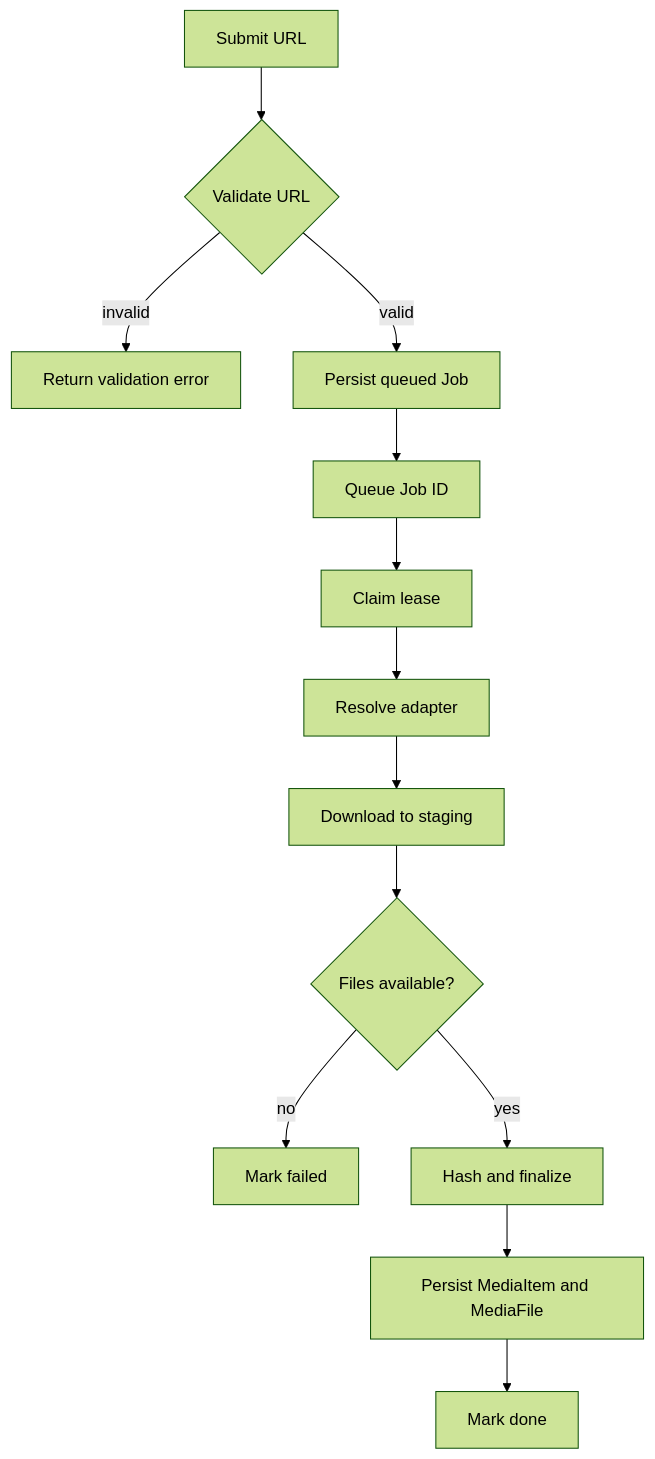
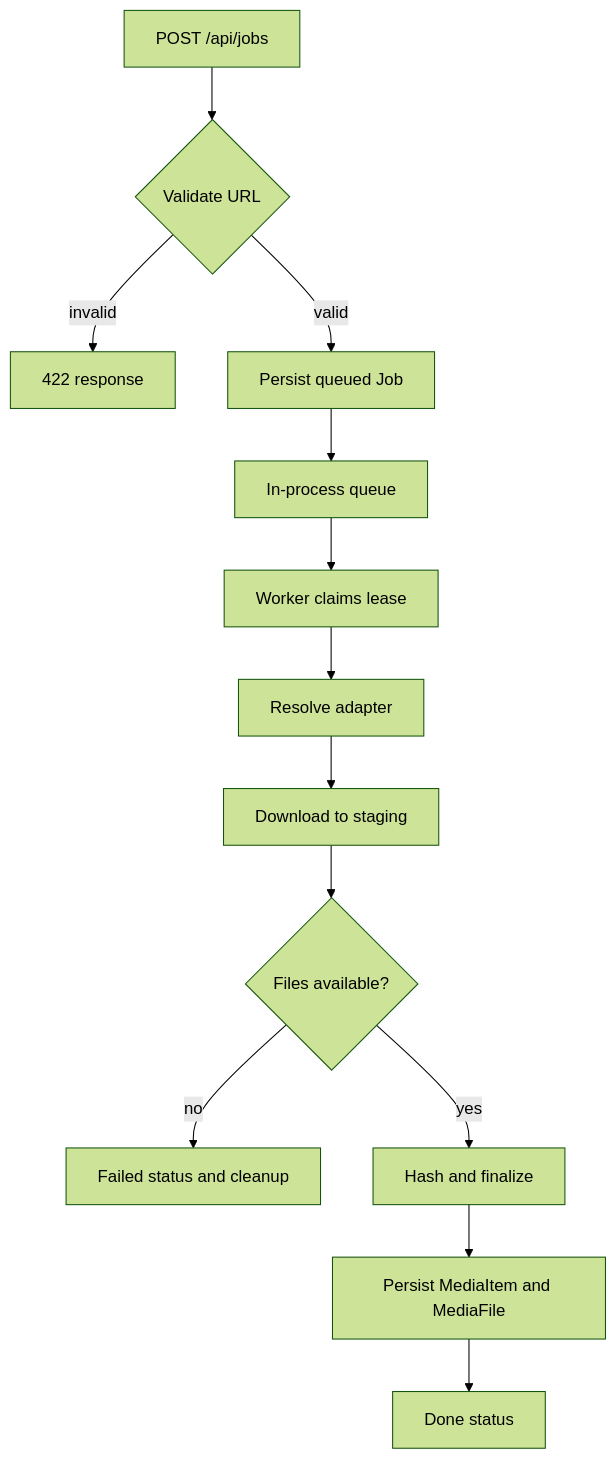
Before and after one commit to ekolancer/SocDownload: the first of 2 diagrams in docs/01-requirements/flowcharts.md, drawn with Mermaid (forest theme). The commit also changed other lines of this file and 19 other files, not shown here.

````diff
--- a/docs/01-requirements/flowcharts.md
+++ b/docs/01-requirements/flowcharts.md
@@ -11,15 +9,15 @@
 ```mermaid
 flowchart TD
- A[Submit URL] --> B{Validate URL}
- B -- invalid --> C[Return validation error]
+ A[POST /api/jobs] --> B{Validate URL}
+ B -- invalid --> C[422 response]
  B -- valid --> D[Persist queued Job]
- D --> E[Queue Job ID]
- E --> F[Claim lease]
+ D --> E[In-process queue]
+ E --> F[Worker claims lease]
  F --> G[Resolve adapter]
  G --> H[Download to staging]
  H --> I{Files available?}
- I -- no --> J[Mark failed]
+ I -- no --> J[Failed status and cleanup]
  I -- yes --> K[Hash and finalize]
  K --> L[Persist MediaItem and MediaFile]
- L --> M[Mark done]
+ L --> M[Done status]
 ```
````
